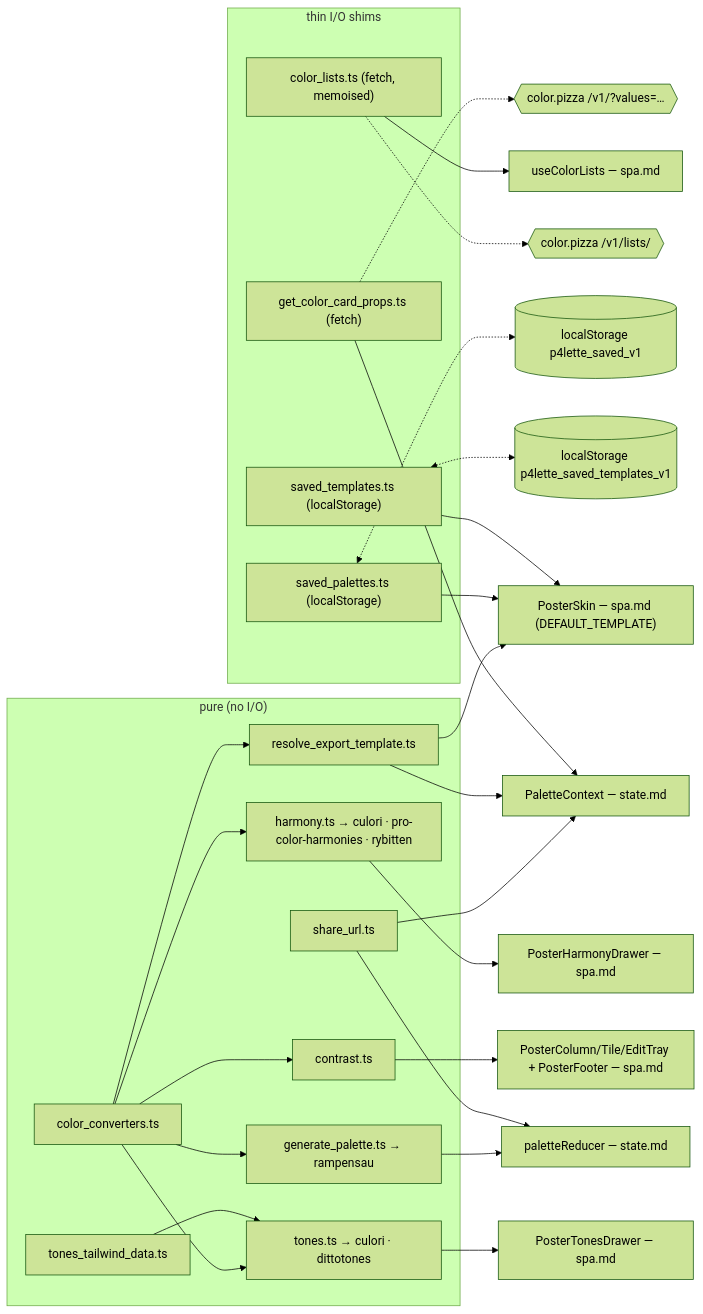
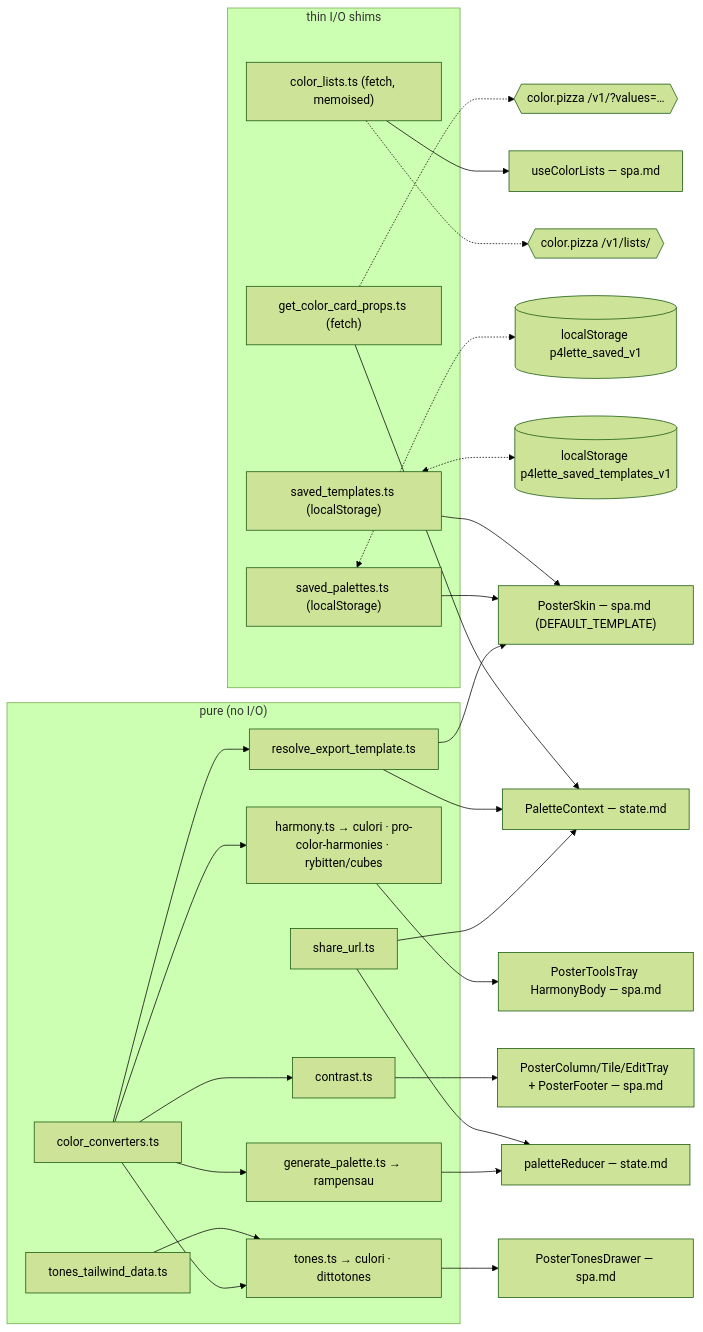
The diagram in SPEC/CURRENT/color.md (p4stoboy/p4lette), drawn with Mermaid (forest theme) before and after one commit. The commit also changed other lines of this file and 6 other files, not shown here.

First line of the commit message:
feat(harmony): pro-color-harmonies styles + rybitten pigment-cube picker

````diff
--- a/SPEC/CURRENT/color.md
+++ b/SPEC/CURRENT/color.md
@@ -277,37 +284,37 @@
 ```mermaid
 flowchart LR
   subgraph pure["pure (no I/O)"]
     cc["color_converters.ts"]
     gp["generate_palette.ts → rampensau"]
-    hm["harmony.ts → culori · pro-color-harmonies · rybitten"]
+    hm["harmony.ts → culori · pro-color-harmonies · rybitten/cubes"]
     tn["tones.ts → culori · dittotones"]
     td["tones_tailwind_data.ts"]
     ct["contrast.ts"]
     rt["resolve_export_template.ts"]
     su["share_url.ts"]
   end
   subgraph io["thin I/O shims"]
     gcn["get_color_card_props.ts (fetch)"]
     cl["color_lists.ts (fetch, memoised)"]
     sp["saved_palettes.ts (localStorage)"]
     st["saved_templates.ts (localStorage)"]
   end
   cc --> gp & hm & tn & ct & rt
   td --> tn
   gp --> red["paletteReducer — state.md"]
   su --> red
   su --> pctx["PaletteContext — state.md"]
   rt --> pctx
   gcn --> pctx
   rt --> skin["PosterSkin — spa.md (DEFAULT_TEMPLATE)"]
-  hm --> hd["PosterHarmonyDrawer — spa.md"]
+  hm --> hd["PosterToolsTray HarmonyBody — spa.md"]
   tn --> tld["PosterTonesDrawer — spa.md"]
   ct --> swatch["PosterColumn/Tile/EditTray + PosterFooter — spa.md"]
   cl --> ucl["useColorLists — spa.md"]
   sp --> skin
   st --> skin
   gcn -.-> pizza1{{"color.pizza /v1/?values=…"}}
   cl -.-> pizza2{{"color.pizza /v1/lists/"}}
   sp <-.-> ls1[("localStorage p4lette_saved_v1")]
   st <-.-> ls2[("localStorage p4lette_saved_templates_v1")]
 ```
````
